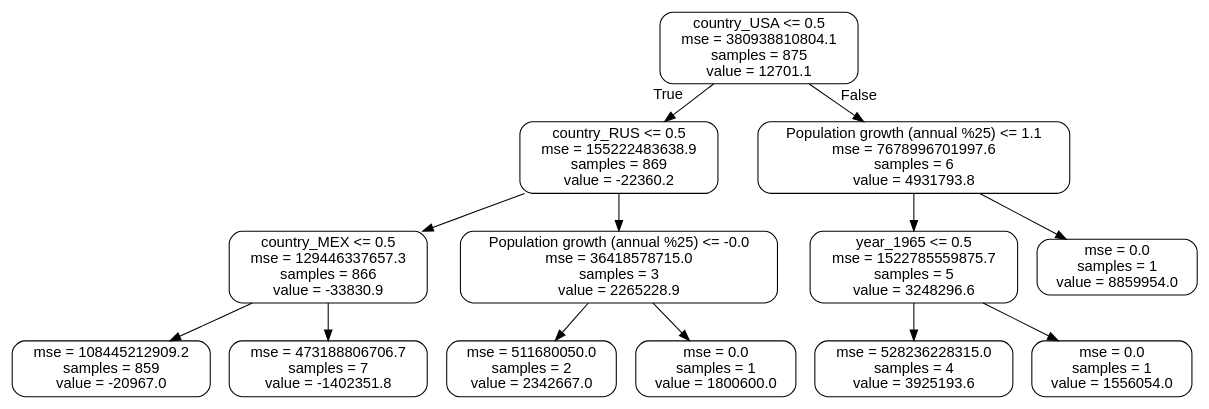
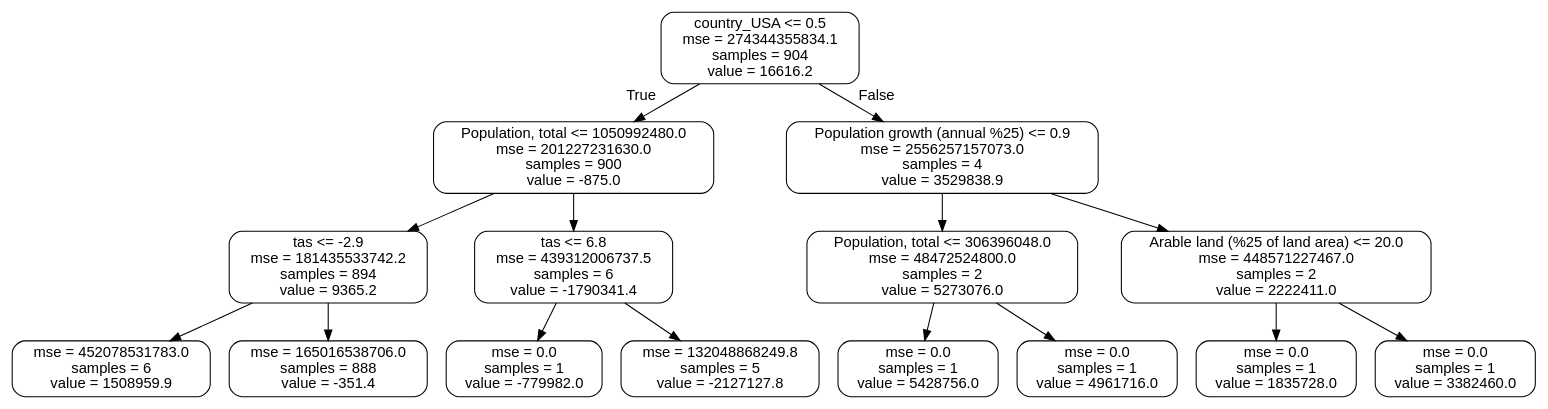
Before and after one commit to Multinational-Minds/BDA: the diagram in small_tree.dot, drawn with Graphviz. The commit also changed 4 other files, not shown here.

```diff
--- a/small_tree.dot
+++ b/small_tree.dot
@@ -1,29 +1,33 @@
 digraph Tree {
 node [shape=box, style="rounded", color="black", fontname=helvetica] ;
 edge [fontname=helvetica] ;
-0 [label="country_USA <= 0.5\nmse = 380938810804.1\nsamples = 875\nvalue = 12701.1"] ;
-1 [label="country_RUS <= 0.5\nmse = 155222483638.9\nsamples = 869\nvalue = -22360.2"] ;
+0 [label="country_USA <= 0.5\nmse = 274344355834.1\nsamples = 904\nvalue = 16616.2"] ;
+1 [label="Population, total <= 1050992480.0\nmse = 201227231630.0\nsamples = 900\nvalue = -875.0"] ;
 0 -> 1 [labeldistance=2.5, labelangle=45, headlabel="True"] ;
-2 [label="country_MEX <= 0.5\nmse = 129446337657.3\nsamples = 866\nvalue = -33830.9"] ;
+2 [label="tas <= -2.9\nmse = 181435533742.2\nsamples = 894\nvalue = 9365.2"] ;
 1 -> 2 ;
-3 [label="mse = 108445212909.2\nsamples = 859\nvalue = -20967.0"] ;
+3 [label="mse = 452078531783.0\nsamples = 6\nvalue = 1508959.9"] ;
 2 -> 3 ;
-4 [label="mse = 473188806706.7\nsamples = 7\nvalue = -1402351.8"] ;
+4 [label="mse = 165016538706.0\nsamples = 888\nvalue = -351.4"] ;
 2 -> 4 ;
-5 [label="Population growth (annual %25) <= -0.0\nmse = 36418578715.0\nsamples = 3\nvalue = 2265228.9"] ;
+5 [label="tas <= 6.8\nmse = 439312006737.5\nsamples = 6\nvalue = -1790341.4"] ;
 1 -> 5 ;
-6 [label="mse = 511680050.0\nsamples = 2\nvalue = 2342667.0"] ;
+6 [label="mse = 0.0\nsamples = 1\nvalue = -779982.0"] ;
 5 -> 6 ;
-7 [label="mse = 0.0\nsamples = 1\nvalue = 1800600.0"] ;
+7 [label="mse = 132048868249.8\nsamples = 5\nvalue = -2127127.8"] ;
 5 -> 7 ;
-8 [label="Population growth (annual %25) <= 1.1\nmse = 7678996701997.6\nsamples = 6\nvalue = 4931793.8"] ;
+8 [label="Population growth (annual %25) <= 0.9\nmse = 2556257157073.0\nsamples = 4\nvalue = 3529838.9"] ;
 0 -> 8 [labeldistance=2.5, labelangle=-45, headlabel="False"] ;
-9 [label="year_1965 <= 0.5\nmse = 1522785559875.7\nsamples = 5\nvalue = 3248296.6"] ;
+9 [label="Population, total <= 306396048.0\nmse = 48472524800.0\nsamples = 2\nvalue = 5273076.0"] ;
 8 -> 9 ;
-10 [label="mse = 528236228315.0\nsamples = 4\nvalue = 3925193.6"] ;
+10 [label="mse = 0.0\nsamples = 1\nvalue = 5428756.0"] ;
 9 -> 10 ;
-11 [label="mse = 0.0\nsamples = 1\nvalue = 1556054.0"] ;
+11 [label="mse = 0.0\nsamples = 1\nvalue = 4961716.0"] ;
 9 -> 11 ;
-12 [label="mse = 0.0\nsamples = 1\nvalue = 8859954.0"] ;
+12 [label="Arable land (%25 of land area) <= 20.0\nmse = 448571227467.0\nsamples = 2\nvalue = 2222411.0"] ;
 8 -> 12 ;
+13 [label="mse = 0.0\nsamples = 1\nvalue = 1835728.0"] ;
+12 -> 13 ;
+14 [label="mse = 0.0\nsamples = 1\nvalue = 3382460.0"] ;
+12 -> 14 ;
 }
```
